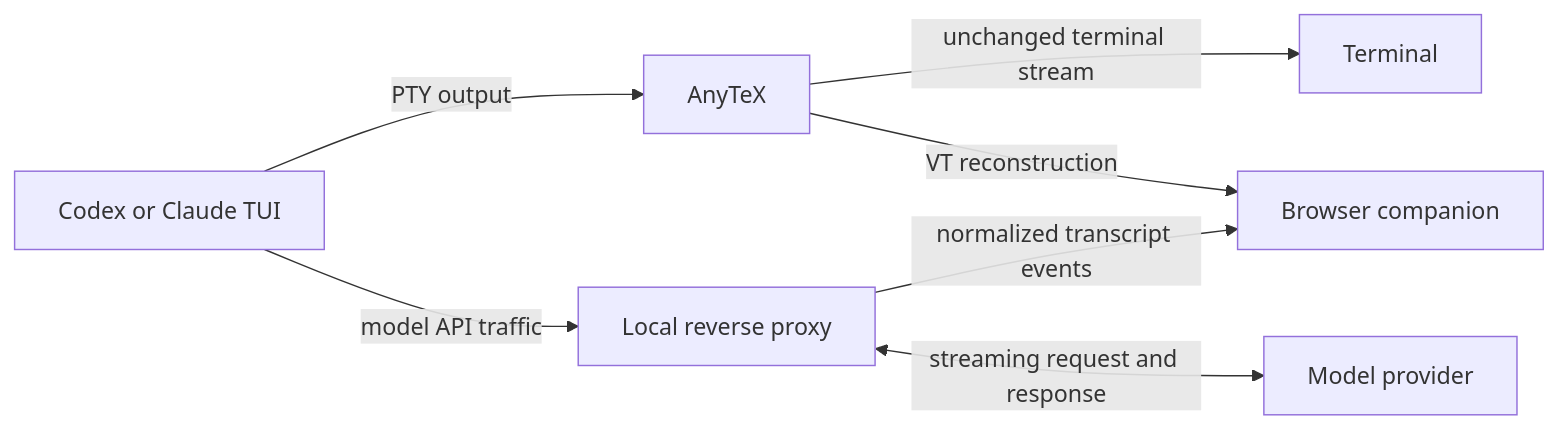
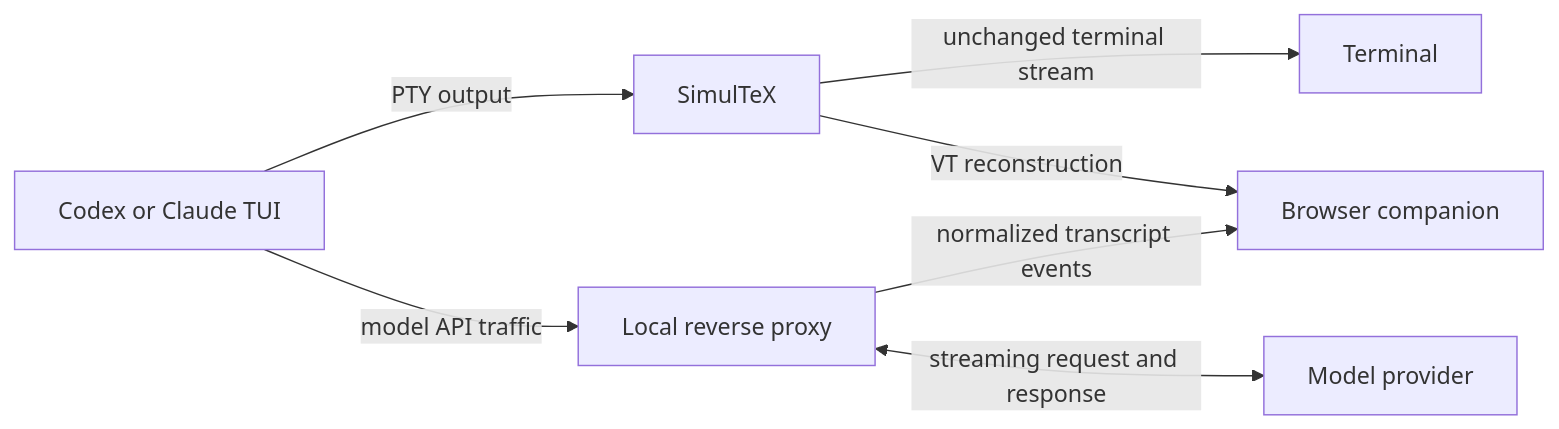
One commit to acb3688/simultex changed the diagram in README.md. Above: the diagram before and after it, drawn with Mermaid. The commit also changed other lines of this file and 89 other files, not shown here.

````diff
--- a/README.md
+++ b/README.md
@@ -52,9 +52,9 @@
 ```mermaid
 flowchart LR
-    TUI[Codex or Claude TUI] -->|PTY output| AnyTeX
-    AnyTeX -->|unchanged terminal stream| Terminal
-    AnyTeX -->|VT reconstruction| Browser[Browser companion]
+    TUI[Codex or Claude TUI] -->|PTY output| SimulTeX
+    SimulTeX -->|unchanged terminal stream| Terminal
+    SimulTeX -->|VT reconstruction| Browser[Browser companion]
     TUI -->|model API traffic| Proxy[Local reverse proxy]
     Proxy -->|normalized transcript events| Browser
     Proxy <-->|streaming request and response| Provider[Model provider]
 ```
````
